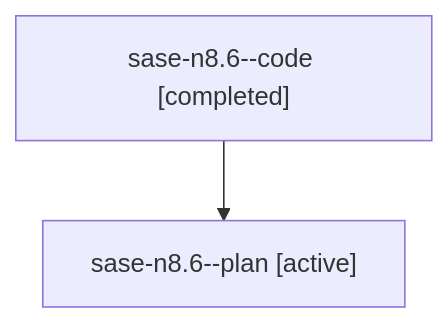
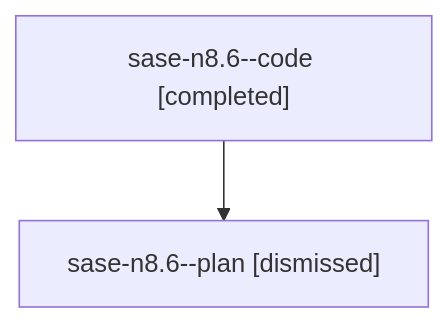
Before and after one commit to sase-org/sase--agents: the diagram in sessions/bbugyi200.athena.sase-n8.6.md, drawn with Mermaid. The commit also changed other lines of this file and 128 other files, not shown here.

````diff
--- a/sessions/bbugyi200.athena.sase-n8.6.md
+++ b/sessions/bbugyi200.athena.sase-n8.6.md
@@ -9,6 +9,6 @@
 ```mermaid
 flowchart TD
   n0["sase-n8.6--code [completed]"]
-  n1["sase-n8.6--plan [active]"]
+  n1["sase-n8.6--plan [dismissed]"]
   n0 --> n1
 ```
````
